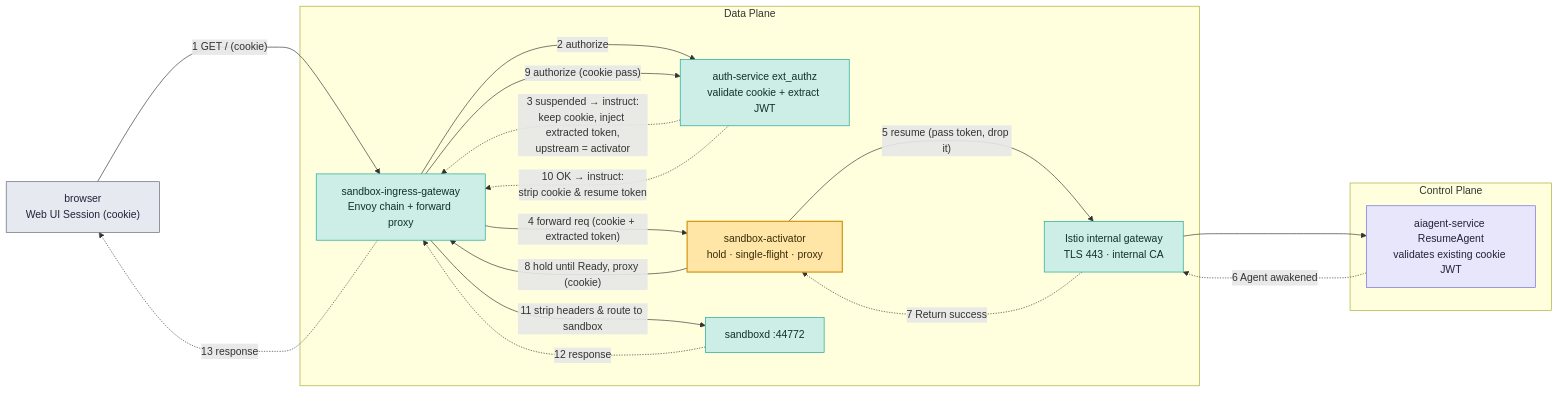
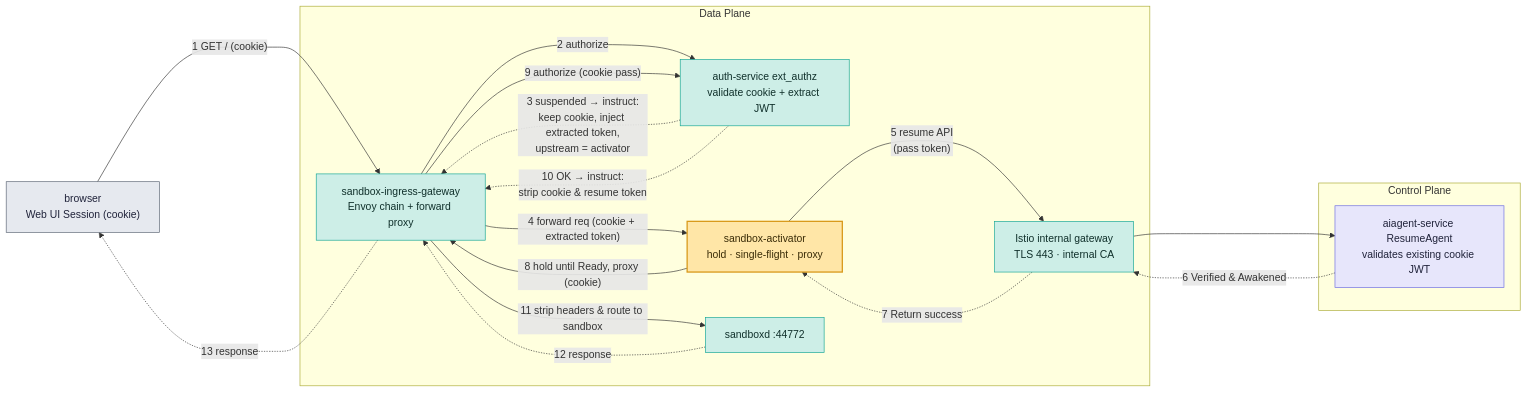
Before and after one commit to chandini1727/documentation-: the second of 2 diagrams in README.md, drawn with Mermaid. The commit also changed other lines of this file, not shown here.

````diff
--- a/README.md
+++ b/README.md
@@ -101,36 +102,36 @@
 ```mermaid
 flowchart LR
     cl["browser<br/>Web UI Session (cookie)"]:::store
 
     subgraph DP [Data Plane]
         gw["sandbox-ingress-gateway<br/>Envoy chain + forward proxy"]:::dp
         az["auth-service ext_authz<br/>validate cookie + extract JWT"]:::dp
         act["sandbox-activator<br/>hold · single-flight · proxy"]:::star
         igw["Istio internal gateway<br/>TLS 443 · internal CA"]:::dp
         sd["sandboxd :44772"]:::dp
     end
 
     subgraph CP [Control Plane]
         cp["aiagent-service ResumeAgent<br/>validates existing cookie JWT"]:::cp
     end
 
     cl --->|"1 GET / (cookie)"| gw
     gw --->|"2 authorize"| az
     az -..->|"3 suspended → instruct:<br/>keep cookie, inject extracted token,<br/>upstream = activator"| gw
     gw --->|"4 forward req (cookie + extracted token)"| act
-    act --->|"5 resume (pass token, drop it)"| igw
+    act --->|"5 resume API<br/>(pass token)"| igw
     igw ---> cp
-    cp -..->|"6 Agent awakened"| igw
+    cp -..->|"6 Verified & Awakened"| igw
     igw -..->|"7 Return success"| act
     act --->|"8 hold until Ready, proxy (cookie)"| gw
     gw --->|"9 authorize (cookie pass)"| az
     az -..->|"10 OK → instruct:<br/>strip cookie & resume token"| gw
     gw --->|"11 strip headers & route to sandbox"| sd
     sd -..->|"12 response"| gw
     gw -..->|"13 response"| cl
 
     classDef cp fill:#e7e6fb,stroke:#6b6be0,color:#20233a
     classDef dp fill:#cdeee7,stroke:#12a594,color:#10302b
     classDef star fill:#ffe6a7,stroke:#d99a1c,stroke-width:2px,color:#3a2c07
     classDef store fill:#e6e9ef,stroke:#5b6472,color:#20233a
 ```
````
